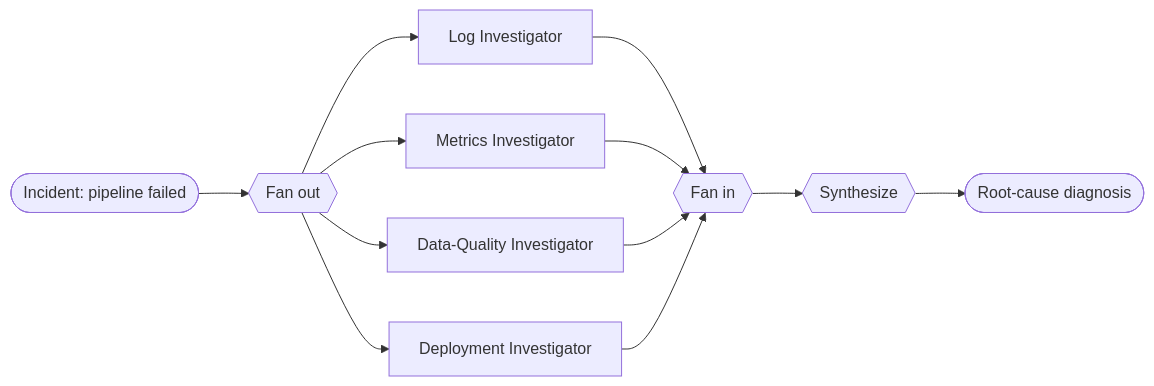
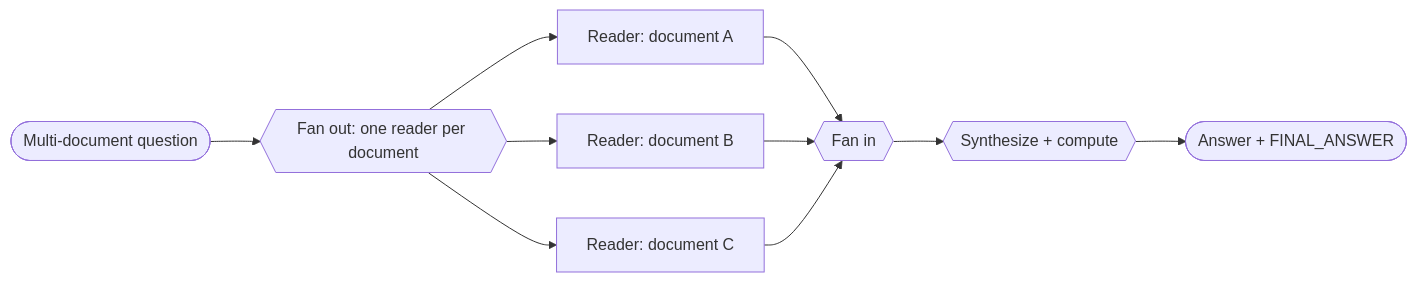
Before and after one commit to jtaylorisbell/agentic-facets: the diagram in recipes/04_parallel_investigation/diagram.mmd, drawn with Mermaid. The commit also changed 51 other files, not shown here.

```diff
--- a/recipes/04_parallel_investigation/diagram.mmd
+++ b/recipes/04_parallel_investigation/diagram.mmd
@@ -1,12 +1,10 @@
 flowchart LR
-    In([Incident: pipeline failed]) --> F{{Fan out}}
-    F --> LW[Log Investigator]
-    F --> MW[Metrics Investigator]
-    F --> DW[Data-Quality Investigator]
-    F --> PW[Deployment Investigator]
-    LW --> J{{Fan in}}
-    MW --> J
-    DW --> J
-    PW --> J
-    J --> S{{Synthesize}}
-    S --> Out([Root-cause diagnosis])
+    Q([Multi-document question]) --> F{{Fan out: one reader per document}}
+    F --> A[Reader: document A]
+    F --> B[Reader: document B]
+    F --> C[Reader: document C]
+    A --> J{{Fan in}}
+    B --> J
+    C --> J
+    J --> S{{Synthesize + compute}}
+    S --> Out([Answer + FINAL_ANSWER])
```
